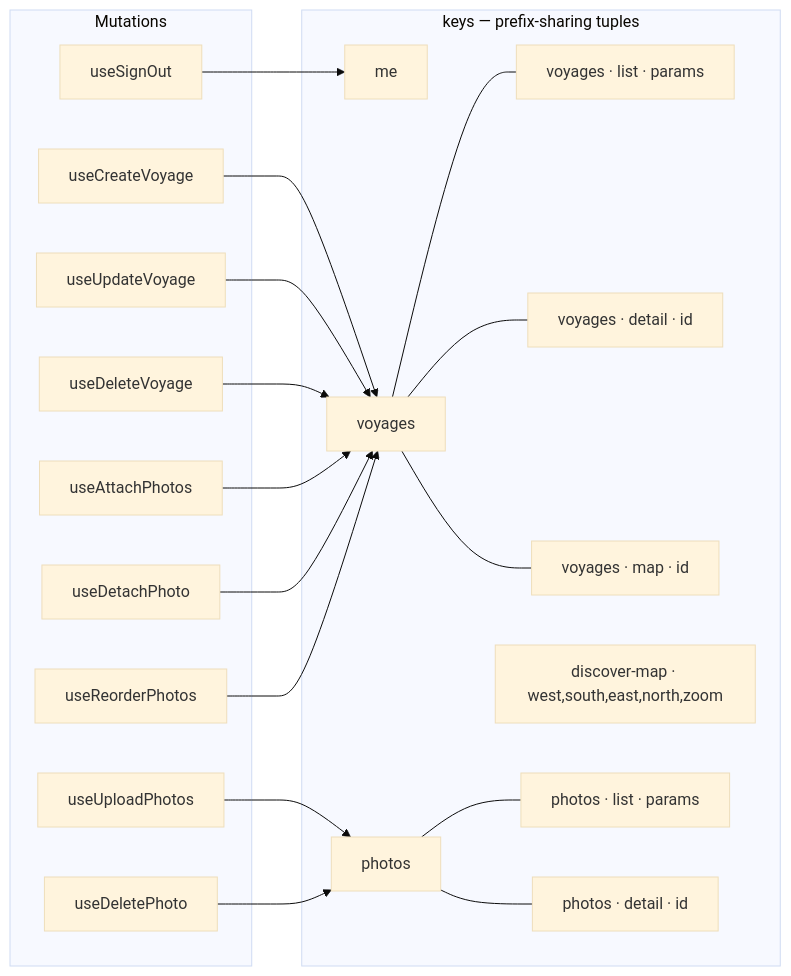
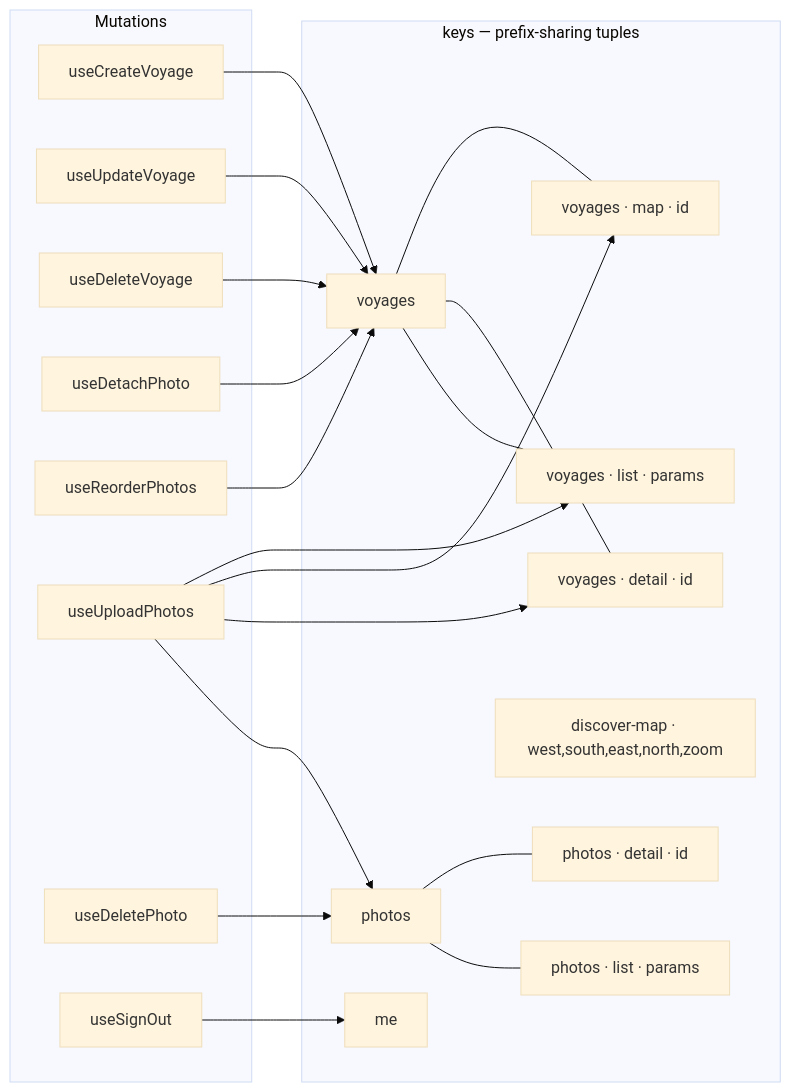
Before and after one commit to brporter/pinvoyager: the fourth of 6 diagrams in docs/designs/data-flow.md, drawn with Mermaid (base theme). The commit also changed other lines of this file and 84 other files, not shown here.

````diff
--- a/docs/designs/data-flow.md
+++ b/docs/designs/data-flow.md
@@ -111,42 +111,43 @@
 ```mermaid
 graph LR
     subgraph Keys["keys — prefix-sharing tuples"]
         me["me"]
         vall["voyages"]
         vlist["voyages · list · params"]
         vdet["voyages · detail · id"]
         vmap["voyages · map · id"]
         dmap["discover-map · west,south,east,north,zoom"]
         pall["photos"]
         plist["photos · list · params"]
         pdet["photos · detail · id"]
     end
 
     vall --- vlist
     vall --- vdet
     vall --- vmap
     pall --- plist
     pall --- pdet
 
     subgraph Mutations
         create["useCreateVoyage"]
         update["useUpdateVoyage"]
         del["useDeleteVoyage"]
-        attach["useAttachPhotos"]
         detach["useDetachPhoto"]
         reorder["useReorderPhotos"]
         up["useUploadPhotos"]
         delp["useDeletePhoto"]
         out["useSignOut"]
     end
 
     create --> vall
     update --> vall
     del --> vall
-    attach --> vall
     detach --> vall
     reorder --> vall
     up --> pall
+    up --> vdet
+    up --> vmap
+    up --> vlist
     delp --> pall
     out --> me
 ```
````
